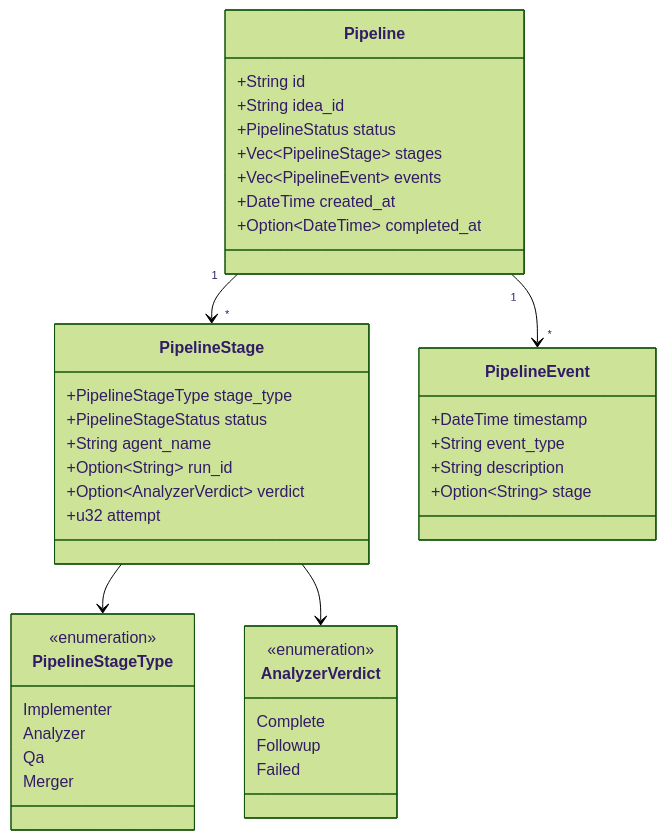
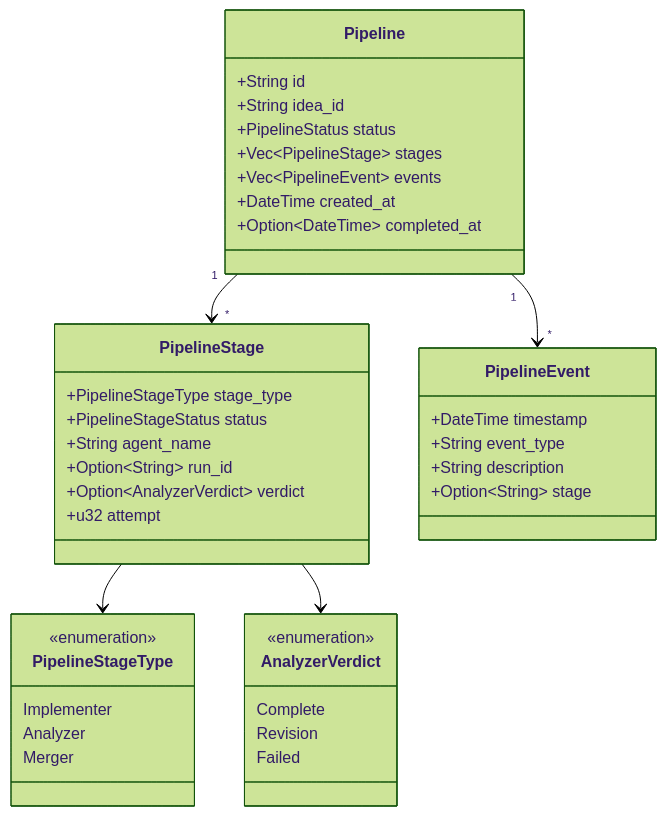
Before and after one commit to mikel-martin-kuik/nolan: the fourth of 5 diagrams in docs/architecture/01-pipeline-coordination.md, drawn with Mermaid (forest theme). The commit also changed other lines of this file and 67 other files, not shown here.

First line of the commit message:
refactor: Migrate from Cronos/OpenCode to Scheduler-based architecture

````diff
--- a/docs/architecture/01-pipeline-coordination.md
+++ b/docs/architecture/01-pipeline-coordination.md
@@ -107,48 +99,47 @@
 ```mermaid
 classDiagram
     class Pipeline {
         +String id
         +String idea_id
         +PipelineStatus status
         +Vec~PipelineStage~ stages
         +Vec~PipelineEvent~ events
         +DateTime created_at
         +Option~DateTime~ completed_at
     }
 
     class PipelineStage {
         +PipelineStageType stage_type
         +PipelineStageStatus status
         +String agent_name
         +Option~String~ run_id
         +Option~AnalyzerVerdict~ verdict
         +u32 attempt
     }
 
     class PipelineEvent {
         +DateTime timestamp
         +String event_type
         +String description
         +Option~String~ stage
     }
 
     class AnalyzerVerdict {
         <<enumeration>>
         Complete
-        Followup
+        Revision
         Failed
     }
 
     class PipelineStageType {
         <<enumeration>>
         Implementer
         Analyzer
-        Qa
         Merger
     }
 
     Pipeline "1" --> "*" PipelineStage
     Pipeline "1" --> "*" PipelineEvent
     PipelineStage --> PipelineStageType
     PipelineStage --> AnalyzerVerdict
 ```
````
